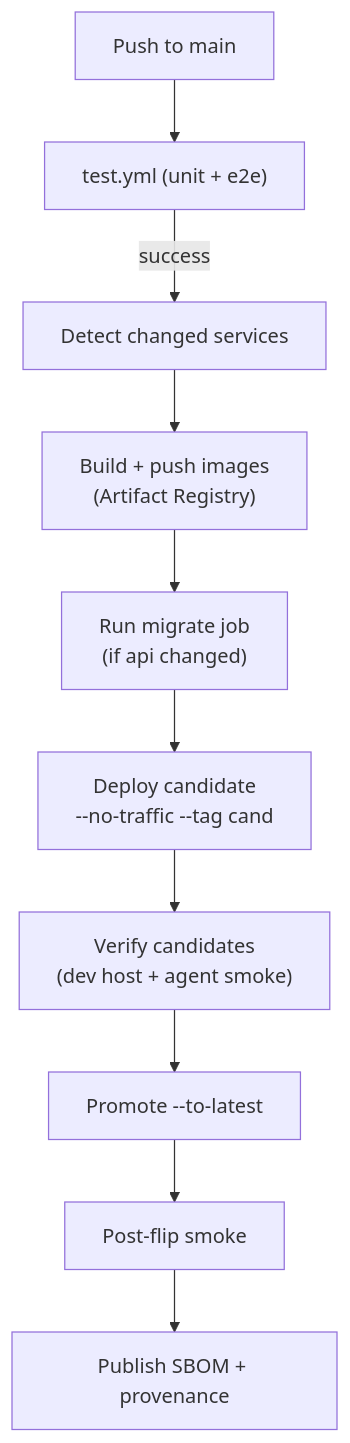
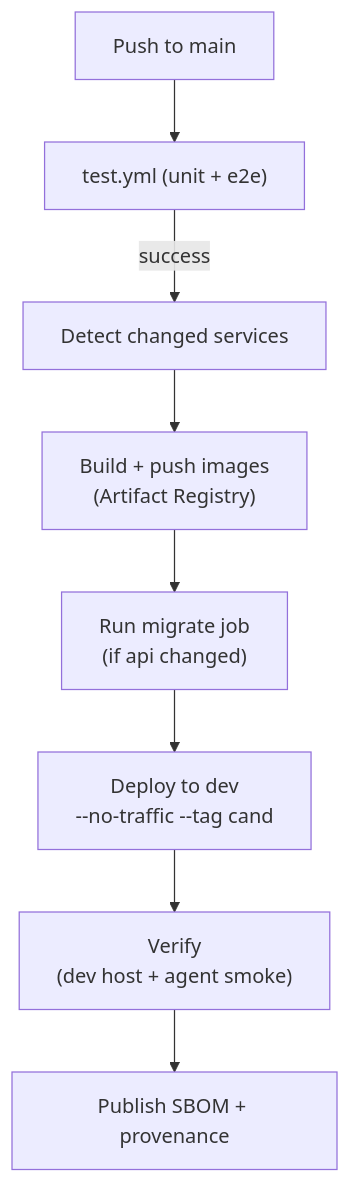
One commit to ALucek/chat-lucek changed the first of 2 diagrams in docs/deployment.md. Above: the diagram before and after it, drawn with Mermaid. The commit also changed other lines of this file and 9 other files, not shown here.

Commit message:
ci(deploy): release train, continuous dev and scheduled prod promote (#224)

````diff
--- a/docs/deployment.md
+++ b/docs/deployment.md
@@ -9,12 +13,10 @@
 ```mermaid
 flowchart TB
     push["Push to main"] --> test["test.yml (unit + e2e)"]
     test -->|success| changes["Detect changed services"]
     changes --> build["Build + push images<br/>(Artifact Registry)"]
     build --> migrate["Run migrate job<br/>(if api changed)"]
-    migrate --> cand["Deploy candidate<br/>--no-traffic --tag cand"]
-    cand --> verify["Verify candidates<br/>(dev host + agent smoke)"]
-    verify --> promote["Promote --to-latest"]
-    promote --> smoke["Post-flip smoke"]
-    smoke --> attest["Publish SBOM + provenance"]
+    migrate --> cand["Deploy to dev<br/>--no-traffic --tag cand"]
+    cand --> verify["Verify<br/>(dev host + agent smoke)"]
+    verify --> attest["Publish SBOM + provenance"]
 ```
````
